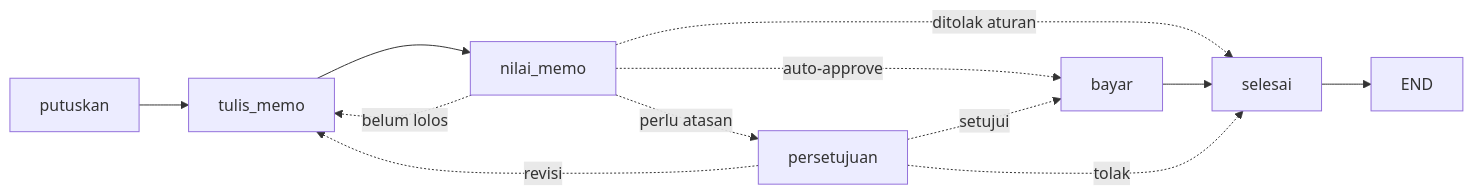
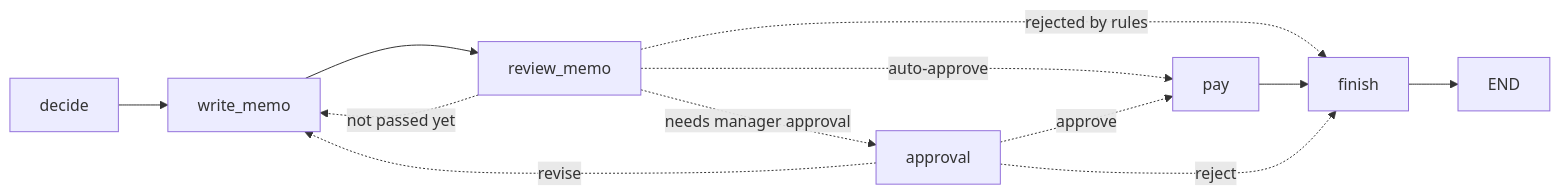
Diagram 11 of 13 in LAB.md (bilalbayasut/langgraph-klaim-lab), drawn with Mermaid before and after one commit. The commit also changed other lines of this file and 78 other files, not shown here.

````diff
--- a/LAB.md
+++ b/LAB.md
@@ -4001,11 +4011,11 @@
 ```mermaid
 flowchart LR
-  putuskan --> tulis_memo --> nilai_memo
-  nilai_memo -.belum lolos.-> tulis_memo
-  nilai_memo -.perlu atasan.-> persetujuan
-  nilai_memo -.auto-approve.-> bayar
-  nilai_memo -.ditolak aturan.-> selesai
-  persetujuan -.setujui.-> bayar --> selesai --> END
-  persetujuan -.revisi.-> tulis_memo
-  persetujuan -.tolak.-> selesai
+  decide --> write_memo --> review_memo
+  review_memo -.not passed yet.-> write_memo
+  review_memo -.needs manager approval.-> approval
+  review_memo -.auto-approve.-> pay
+  review_memo -.rejected by rules.-> finish
+  approval -.approve.-> pay --> finish --> END
+  approval -.revise.-> write_memo
+  approval -.reject.-> finish
 ```
````
